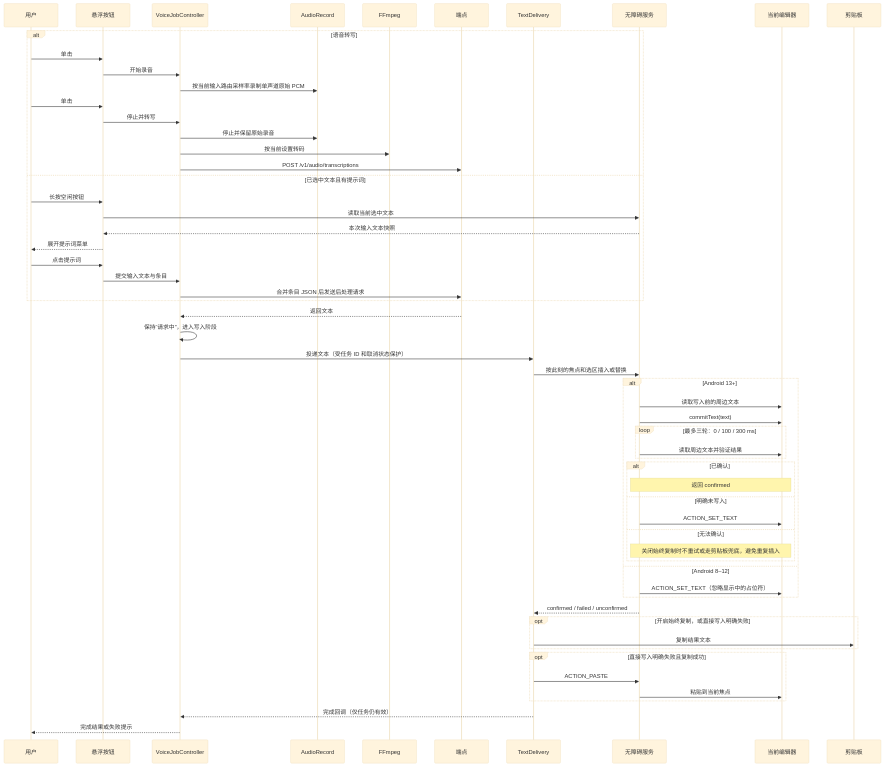
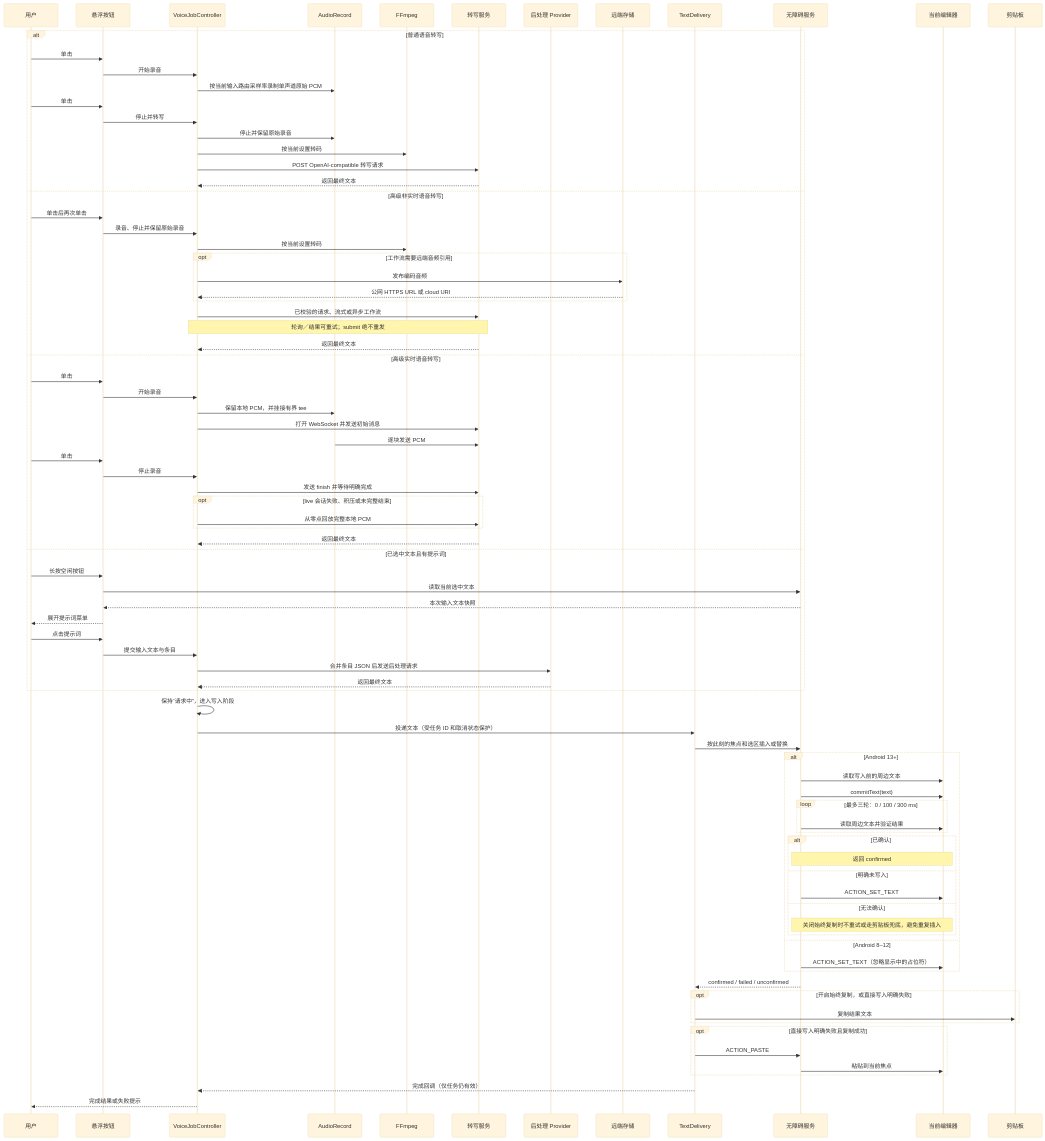
The second of 3 diagrams in README_ZH.md (Joey-Kot/Dictate), drawn with Mermaid (base theme) before and after one commit. The commit also changed other lines of this file and 103 other files, not shown here.

First line of the commit message:
feat(android): add declarative Advanced Audio API Provider workflows

```diff
--- a/README_ZH.md
+++ b/README_ZH.md
@@ -99,12 +107,14 @@
   participant J as VoiceJobController
   participant R as AudioRecord
   participant F as FFmpeg
-  participant P as 端点
+  participant V as 转写服务
+  participant P as 后处理 Provider
+  participant S as 远端存储
   participant D as TextDelivery
   participant A as 无障碍服务
   participant E as 当前编辑器
   participant C as 剪贴板
-  alt 语音转写
+  alt 普通语音转写
     U->>O: 单击
     O->>J: 开始录音
     J->>R: 按当前输入路由采样率录制单声道原始 PCM
@@ -112,7 +122,32 @@
     O->>J: 停止并转写
     J->>R: 停止并保留原始录音
     J->>F: 按当前设置转码
-    J->>P: POST /v1/audio/transcriptions
+    J->>V: POST OpenAI-compatible 转写请求
+    V-->>J: 返回最终文本
+  else 高级非实时语音转写
+    U->>O: 单击后再次单击
+    O->>J: 录音、停止并保留原始录音
+    J->>F: 按当前设置转码
+    opt 工作流需要远端音频引用
+      J->>S: 发布编码音频
+      S-->>J: 公网 HTTPS URL 或 cloud URI
+    end
+    J->>V: 已校验的请求、流式或异步工作流
+    Note over J,V: 轮询／结果可重试；submit 绝不重发
+    V-->>J: 返回最终文本
+  else 高级实时语音转写
+    U->>O: 单击
+    O->>J: 开始录音
+    J->>R: 保留本地 PCM，并挂接有界 tee
+    J->>V: 打开 WebSocket 并发送初始消息
+    R->>V: 逐块发送 PCM
+    U->>O: 单击
+    O->>J: 停止录音
+    J->>V: 发送 finish 并等待明确完成
+    opt live 会话失败、积压或未完整结束
+      J->>V: 从零点回放完整本地 PCM
+    end
+    V-->>J: 返回最终文本
   else 已选中文本且有提示词
     U->>O: 长按空闲按钮
     O->>A: 读取当前选中文本
@@ -121,8 +156,8 @@
     U->>O: 点击提示词
     O->>J: 提交输入文本与条目
     J->>P: 合并条目 JSON 后发送后处理请求
+    P-->>J: 返回最终文本
   end
-  P-->>J: 返回文本
   J->>J: 保持“请求中”，进入写入阶段
   J->>D: 投递文本（受任务 ID 和取消状态保护）
   D->>A: 按此刻的焦点和选区插入或替换
```
